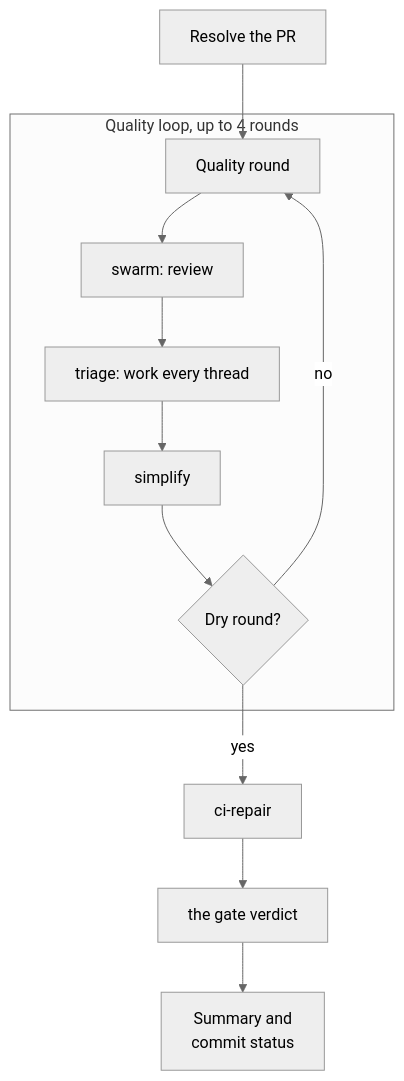
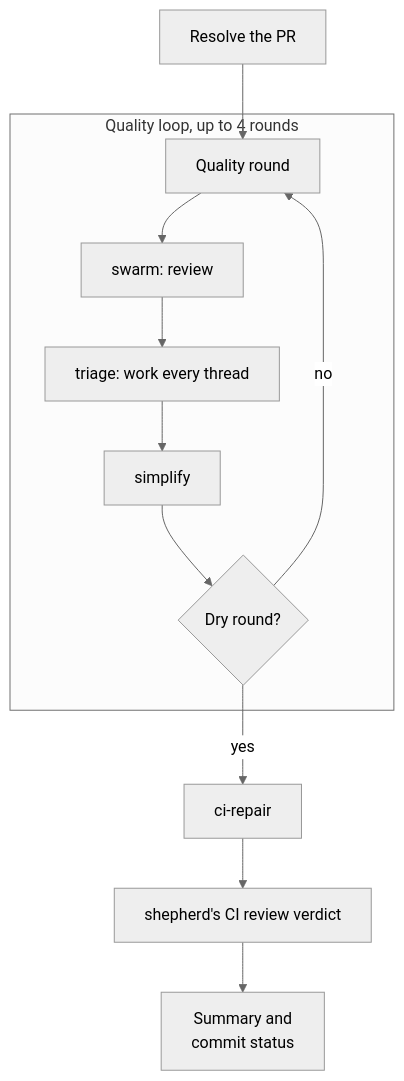
The first of 3 diagrams in docs/src/content/docs/concepts/review-loop.md (jagreehal/shepherd), drawn with Mermaid (neutral theme) before and after one commit. The commit also changed other lines of this file and 77 other files, not shown here.

````diff
--- a/docs/src/content/docs/concepts/review-loop.md
+++ b/docs/src/content/docs/concepts/review-loop.md
@@ -7,14 +9,14 @@
 ```mermaid
 flowchart TD
     S[Resolve the PR] --> Q[Quality round]
     subgraph Round["Quality loop, up to 4 rounds"]
         Q --> SW[swarm: review]
         SW --> TR[triage: work every thread]
         TR --> SI[simplify]
         SI --> DRY{Dry round?}
         DRY -- no --> Q
     end
     DRY -- yes --> CI[ci-repair]
-    CI --> V[the gate verdict]
+    CI --> V[shepherd's CI review verdict]
     V --> SUM[Summary and<br/>commit status]
 ```
````
